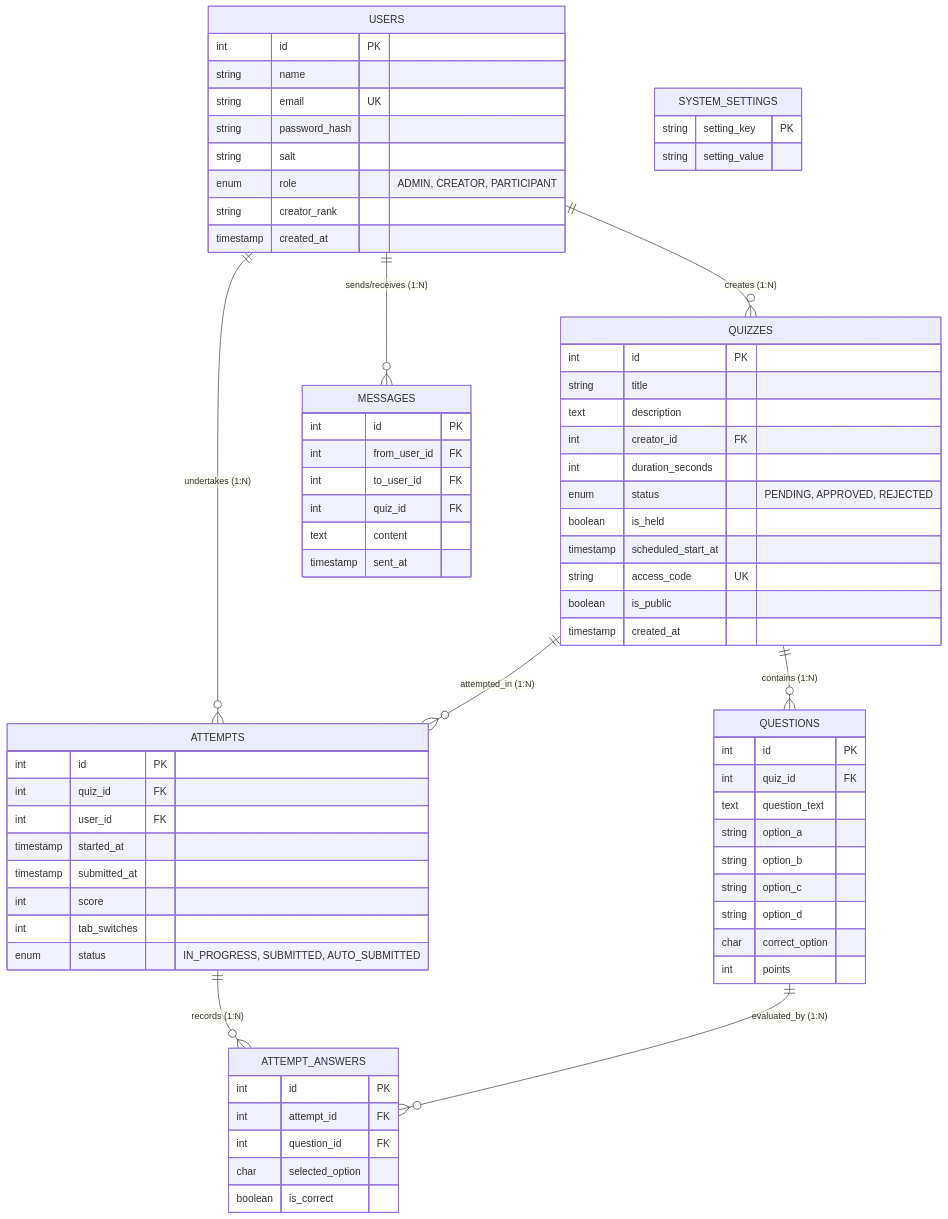
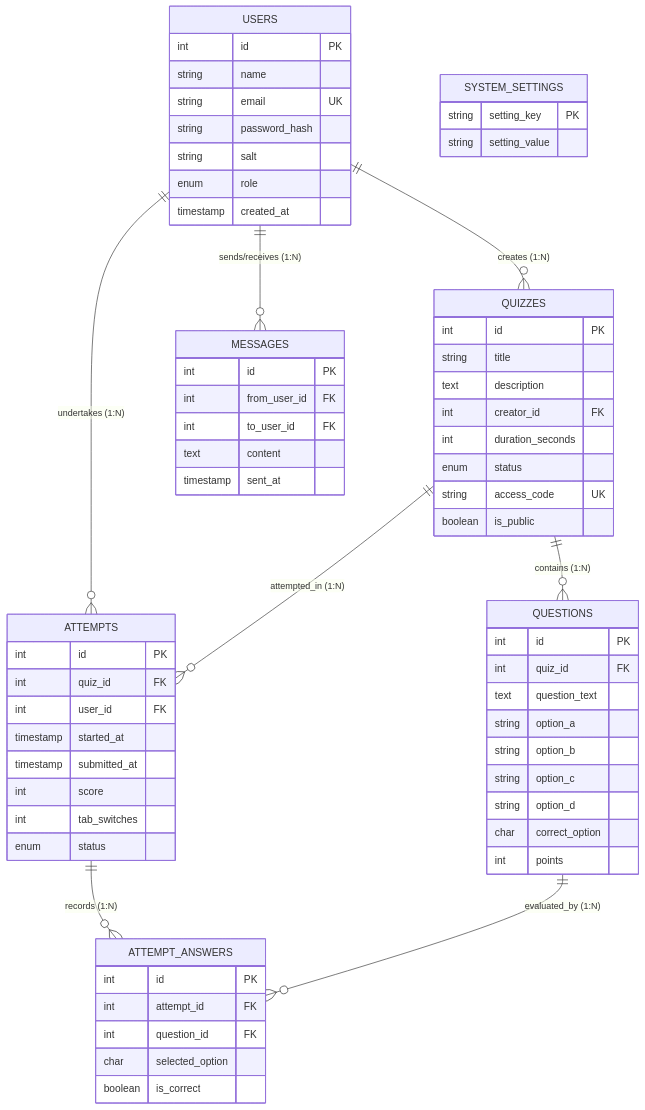
One commit to Amritesh-Singh-okay/QuizLive- changed the fifth of 6 diagrams in README.md. Above: the diagram before and after it, drawn with Mermaid. The commit also changed other lines of this file, not shown here.

Commit message:
docs: streamline README, fix mermaid rendering errors, remove TOC

````diff
--- a/README.md
+++ b/README.md
@@ -472,80 +280,75 @@
 ```mermaid
 erDiagram
     USERS ||--o{ QUIZZES : "creates (1:N)"
     USERS ||--o{ ATTEMPTS : "undertakes (1:N)"
     USERS ||--o{ MESSAGES : "sends/receives (1:N)"
     QUIZZES ||--o{ QUESTIONS : "contains (1:N)"
     QUIZZES ||--o{ ATTEMPTS : "attempted_in (1:N)"
     ATTEMPTS ||--o{ ATTEMPT_ANSWERS : "records (1:N)"
     QUESTIONS ||--o{ ATTEMPT_ANSWERS : "evaluated_by (1:N)"
 
     USERS {
         int id PK
         string name
         string email UK
         string password_hash
         string salt
-        enum role "ADMIN, CREATOR, PARTICIPANT"
-        string creator_rank
+        enum role
         timestamp created_at
     }
 
     QUIZZES {
         int id PK
         string title
         text description
         int creator_id FK
         int duration_seconds
-        enum status "PENDING, APPROVED, REJECTED"
-        boolean is_held
-        timestamp scheduled_start_at
+        enum status
         string access_code UK
         boolean is_public
-        timestamp created_at
     }
 
     QUESTIONS {
         int id PK
         int quiz_id FK
         text question_text
         string option_a
         string option_b
         string option_c
         string option_d
         char correct_option
         int points
     }
 
     ATTEMPTS {
         int id PK
         int quiz_id FK
         int user_id FK
         timestamp started_at
         timestamp submitted_at
         int score
         int tab_switches
-        enum status "IN_PROGRESS, SUBMITTED, AUTO_SUBMITTED"
+        enum status
     }
 
     ATTEMPT_ANSWERS {
         int id PK
         int attempt_id FK
         int question_id FK
         char selected_option
         boolean is_correct
     }
 
     MESSAGES {
         int id PK
         int from_user_id FK
         int to_user_id FK
-        int quiz_id FK
         text content
         timestamp sent_at
     }
 
     SYSTEM_SETTINGS {
         string setting_key PK
         string setting_value
     }
 ```
````
